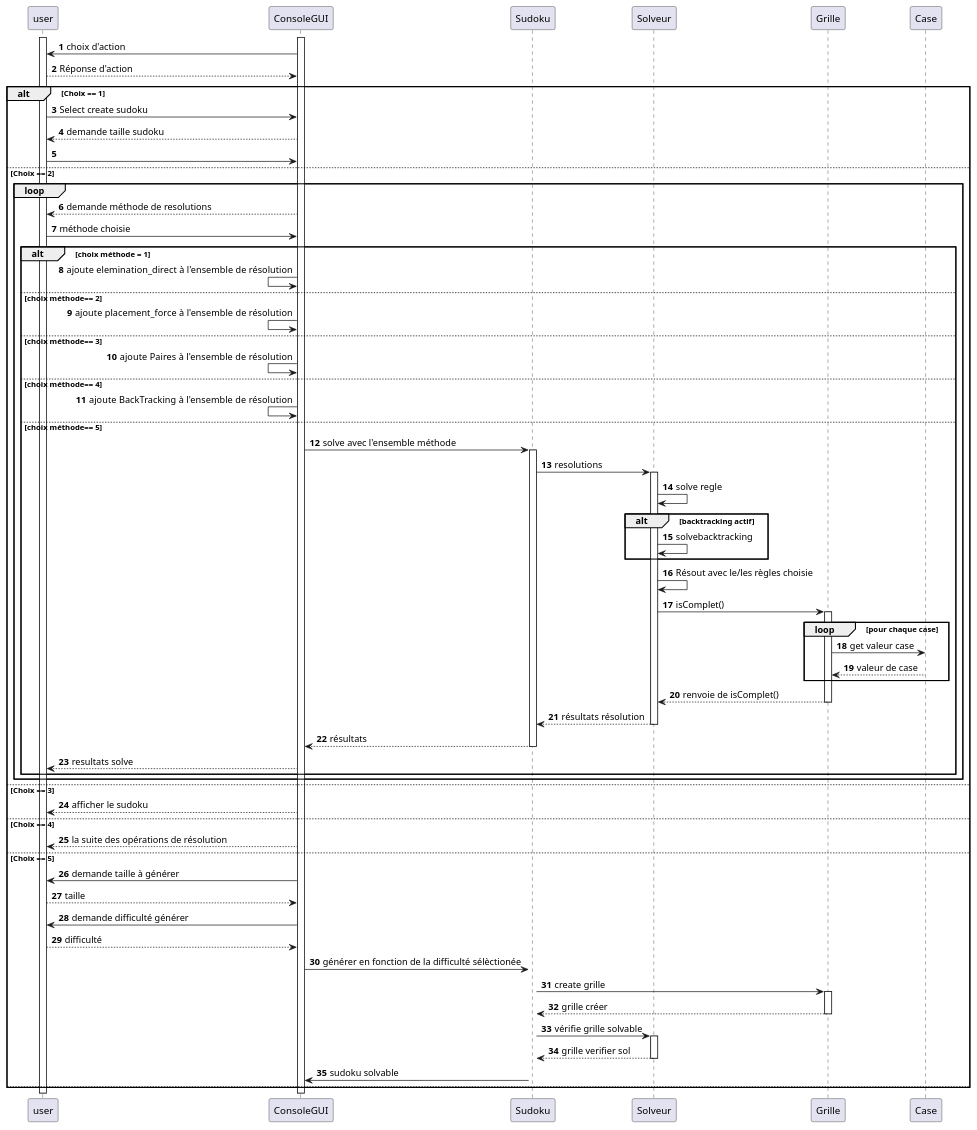
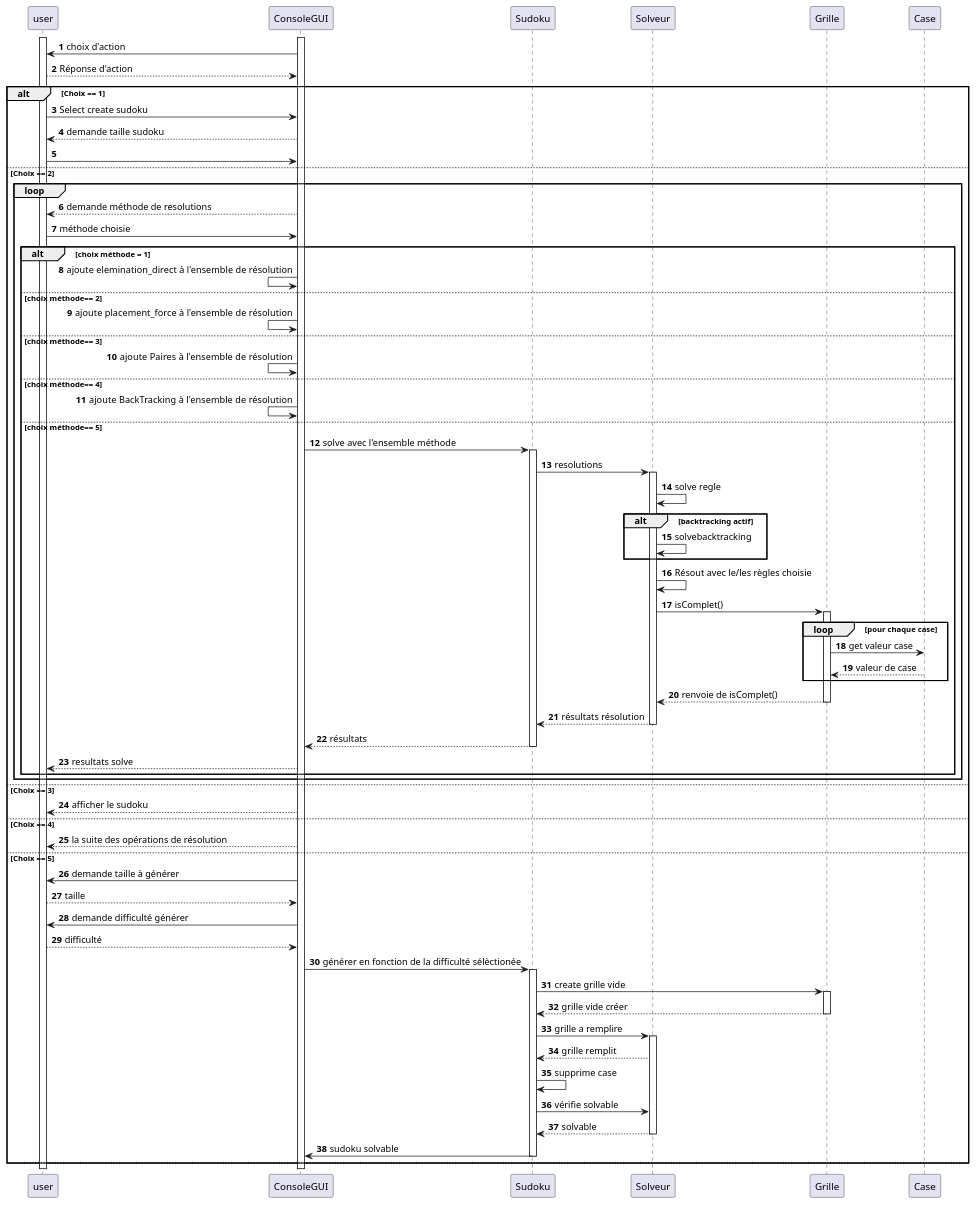
One commit to R0-M1/Sudoku changed the diagram in doc/sequence.puml. Above: the diagram before and after it, drawn with PlantUML.

Commit message:
diagrame de séquence(v2)

```diff
--- a/doc/sequence.puml
+++ b/doc/sequence.puml
@@ -1,104 +1,110 @@
 @startuml
 'https://plantuml.com/sequence-diagram
 
 autonumber
 activate user
 activate ConsoleGUI
 
 
 user <- ConsoleGUI : choix d'action
 user --> ConsoleGUI : Réponse d'action
 alt Choix == 1
     user -> ConsoleGUI: Select create sudoku
     user <-- ConsoleGUI : demande taille sudoku
     user ->ConsoleGUI :
 else Choix == 2
     loop
     user <-- ConsoleGUI : demande méthode de resolutions
     user -> ConsoleGUI: méthode choisie
        alt  choix méthode = 1
 
        ConsoleGUI   <- ConsoleGUI : ajoute elemination_direct à l'ensemble  de résolution
        else choix méthode== 2
         ConsoleGUI   <- ConsoleGUI : ajoute placement_force à l'ensemble  de résolution
        else choix méthode== 3
        ConsoleGUI   <- ConsoleGUI : ajoute Paires à l'ensemble  de résolution
 
 
 
        else choix méthode== 4
        ConsoleGUI   <- ConsoleGUI : ajoute BackTracking à l'ensemble  de résolution
 
        else choix méthode== 5
 
             ConsoleGUI -> Sudoku : solve avec l'ensemble méthode
             activate Sudoku
             Sudoku -> Solveur : resolutions
             activate Solveur
             Solveur -> Solveur : solve regle
             alt backtracking actif
                 Solveur -> Solveur : solvebacktracking
             end
                 Solveur -> Solveur : Résout avec le/les règles choisie
 
 
                 Solveur -> Grille : isComplet()
                 activate  Grille
                 loop pour chaque case
                 Grille -> Case : get valeur case
                 Grille <-- Case : valeur de case
                 end
                 Solveur <-- Grille : renvoie de isComplet()
                 deactivate Grille
                 Sudoku  <-- Solveur : résultats résolution
                 deactivate Solveur
                 ConsoleGUI <-- Sudoku : résultats
                 deactivate Sudoku
                 user <-- ConsoleGUI : resultats solve
 
 
 
             deactivate Sudoku
 
         end
        end
 else Choix == 3
     user <-- ConsoleGUI : afficher le sudoku
 else Choix == 4
     user <-- ConsoleGUI:  la suite des opérations de résolution
 
 else Choix == 5
     user <- ConsoleGUI : demande taille à générer
     user --> ConsoleGUI : taille
     user <- ConsoleGUI : demande difficulté générer
     user --> ConsoleGUI : difficulté
     ConsoleGUI -> Sudoku : générer en fonction de la difficulté sélèctionée
 
     activate Sudoku
-    Sudoku -> Grille : create grille
+    Sudoku -> Grille : create grille vide
     activate Grille
-    Sudoku <-- Grille : grille créer
+    Sudoku <-- Grille : grille vide créer
     deactivate Grille
-    Sudoku -> Solveur : vérifie grille solvable
+    Sudoku -> Solveur : grille a remplire
     activate Solveur
-    Sudoku <-- Solveur : grille verifier sol
+    Sudoku <-- Solveur : grille remplit
+    Sudoku -> Sudoku :  supprime case
+    Sudoku -> Solveur : vérifie solvable
+    Sudoku <-- Solveur : solvable
+
     deactivate Solveur
 
     ConsoleGUI <- Sudoku : sudoku solvable
+
+    deactivate Sudoku
 
 
 
 
 
 
 
 
 
 
 else
 
 
 
 end //endloop
 
 @enduml
```
